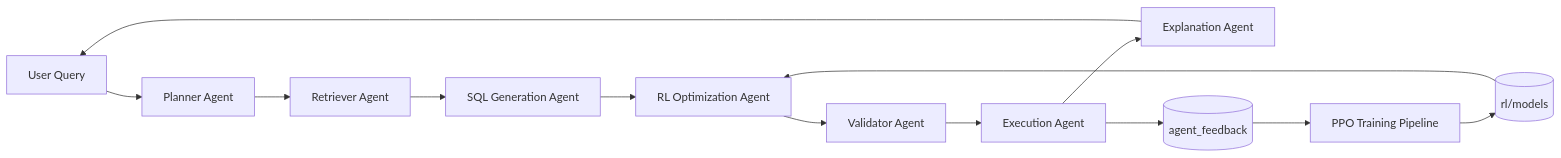
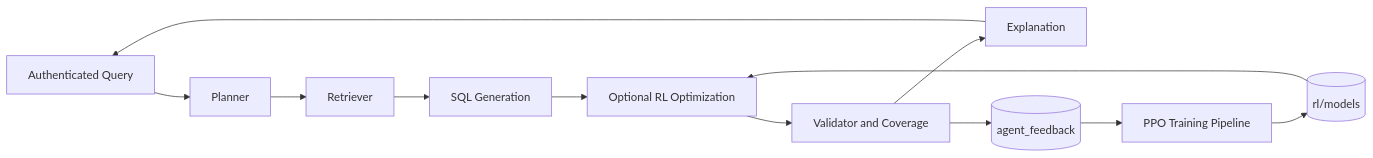
Before and after one commit to shasanksingh/sql-copilot: the diagram in docs/rl_architecture.md, drawn with Mermaid. The commit also changed other lines of this file and 84 other files, not shown here.

````diff
--- a/docs/rl_architecture.md
+++ b/docs/rl_architecture.md
@@ -3,15 +3,14 @@
 ```mermaid
 flowchart LR
-    U[User Query] --> P[Planner Agent]
-    P --> R[Retriever Agent]
-    R --> G[SQL Generation Agent]
-    G --> O[RL Optimization Agent]
-    O --> V[Validator Agent]
-    V --> E[Execution Agent]
-    E --> X[Explanation Agent]
+    U[Authenticated Query] --> P[Planner]
+    P --> R[Retriever]
+    R --> G[SQL Generation]
+    G --> O[Optional RL Optimization]
+    O --> V[Validator and Coverage]
+    V --> X[Explanation]
     X --> U
-    E --> F[(agent_feedback)]
+    V --> F[(agent_feedback)]
     F --> T[PPO Training Pipeline]
     T --> M[(rl/models)]
     M --> O
 ```
````
